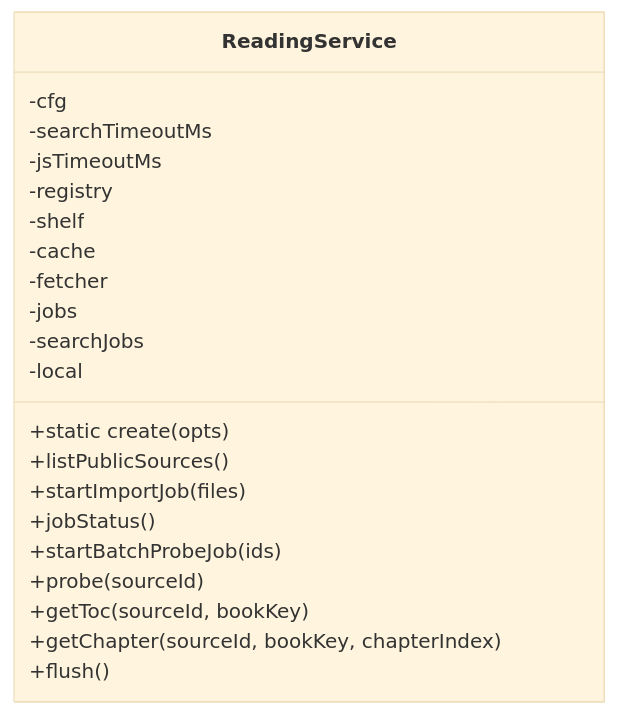
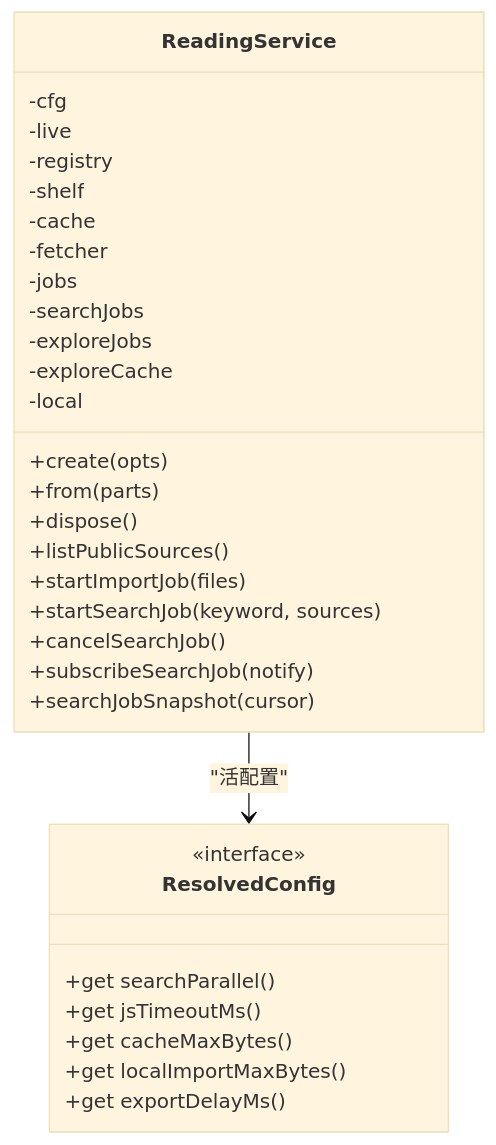
Before and after one commit to xrn1997/dsh-novel: the fifth of 9 diagrams in .qoder/repowiki/zh/content/架构总览.md, drawn with Mermaid (base theme). The commit also changed other lines of this file and 73 other files, not shown here.

````diff
--- a/.qoder/repowiki/zh/content/架构总览.md
+++ b/.qoder/repowiki/zh/content/架构总览.md
@@ -203,24 +206,34 @@
 ```mermaid
 classDiagram
   class ReadingService {
     -cfg
-    -searchTimeoutMs
-    -jsTimeoutMs
+    -live
     -registry
     -shelf
     -cache
     -fetcher
     -jobs
     -searchJobs
+    -exploreJobs
+    -exploreCache
     -local
-    +static create(opts)
+    +create(opts)
+    +from(parts)
+    +dispose()
     +listPublicSources()
     +startImportJob(files)
-    +jobStatus()
-    +startBatchProbeJob(ids)
-    +probe(sourceId)
-    +getToc(sourceId, bookKey)
-    +getChapter(sourceId, bookKey, chapterIndex)
-    +flush()
+    +startSearchJob(keyword, sources)
+    +cancelSearchJob()
+    +subscribeSearchJob(notify)
+    +searchJobSnapshot(cursor)
   }
+  class ResolvedConfig {
+    <<interface>>
+    +get searchParallel()
+    +get jsTimeoutMs()
+    +get cacheMaxBytes()
+    +get localImportMaxBytes()
+    +get exportDelayMs()
+  }
+  ReadingService --> ResolvedConfig : "活配置"
 ```
````
